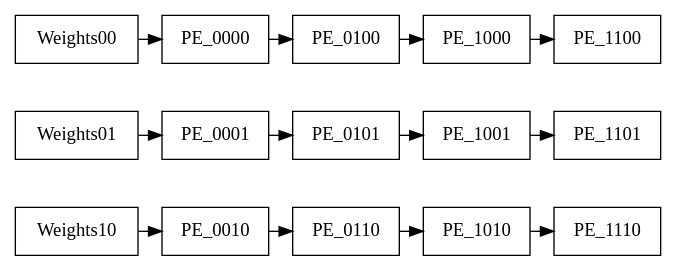
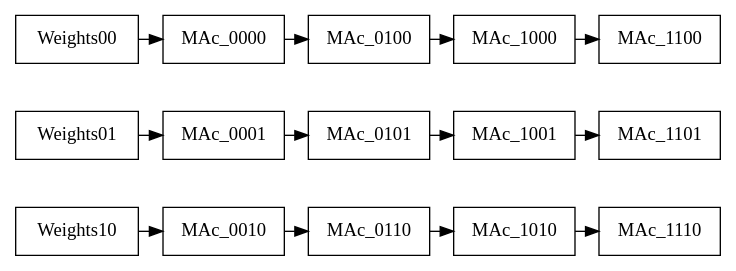
One commit to laudominik/cnn-acc changed the diagram in doc/ProcessingArray.dot. Above: the diagram before and after it, drawn with Graphviz. The commit also changed 4 other files, not shown here.

```diff
--- a/doc/ProcessingArray.dot
+++ b/doc/ProcessingArray.dot
@@ -1,54 +1,54 @@
 digraph ProcessingArray {
 
     subgraph array{
         subgraph {
             node [shape=box]
             rank=same
-            "Weights00" "PE_0000" "PE_0100" "PE_1000" "PE_1100"
+            "Weights00" "MAc_0000" "MAc_0100" "MAc_1000" "MAc_1100"
         }
 
         subgraph {
             node [shape=box]
             rank=same 
-            "Weights01" "PE_0001" "PE_0101" "PE_1001" "PE_1101"
+            "Weights01" "MAc_0001" "MAc_0101" "MAc_1001" "MAc_1101"
         }
 
         subgraph {
             node [shape=box]
             rank=same
-            "Weights10" "PE_0010" "PE_0110" "PE_1010" "PE_1110"    
+            "Weights10" "MAc_0010" "MAc_0110" "MAc_1010" "MAc_1110"    
         }
 
-        "PE_0000" -> "PE_0001" [style=invis]
-        "PE_0001" -> "PE_0010" [style=invis]
-        "PE_0101" -> "PE_0110" [style=invis]
-        "PE_1001" -> "PE_1010" [style=invis]
-        "PE_1101" -> "PE_1110" [style=invis]
+        "MAc_0000" -> "MAc_0001" [style=invis]
+        "MAc_0001" -> "MAc_0010" [style=invis]
+        "MAc_0101" -> "MAc_0110" [style=invis]
+        "MAc_1001" -> "MAc_1010" [style=invis]
+        "MAc_1101" -> "MAc_1110" [style=invis]
 
         "Weights00" -> "Weights01" [style=invis]
         "Weights01" -> "Weights10" [style=invis]
 
         // bus
-        Weights00 -> PE_0000
-        PE_0000 -> PE_0100
-        PE_0100 -> PE_1000
-        PE_1000 -> PE_1100
+        Weights00 -> MAc_0000
+        MAc_0000 -> MAc_0100
+        MAc_0100 -> MAc_1000
+        MAc_1000 -> MAc_1100
 
-        Weights01 -> PE_0001
-        PE_0001 -> PE_0101
-        PE_0101 -> PE_1001
-        PE_1001 -> PE_1101
+        Weights01 -> MAc_0001
+        MAc_0001 -> MAc_0101
+        MAc_0101 -> MAc_1001
+        MAc_1001 -> MAc_1101
 
-        Weights10 -> PE_0010
-        PE_0010 -> PE_0110
-        PE_0110 -> PE_1010
-        PE_1010 -> PE_1110
+        Weights10 -> MAc_0010
+        MAc_0010 -> MAc_0110
+        MAc_0110 -> MAc_1010
+        MAc_1010 -> MAc_1110
     }
 
     
    
 
     // WeightsBuffer1
     // WeightsBuffer2
 
 }
```
